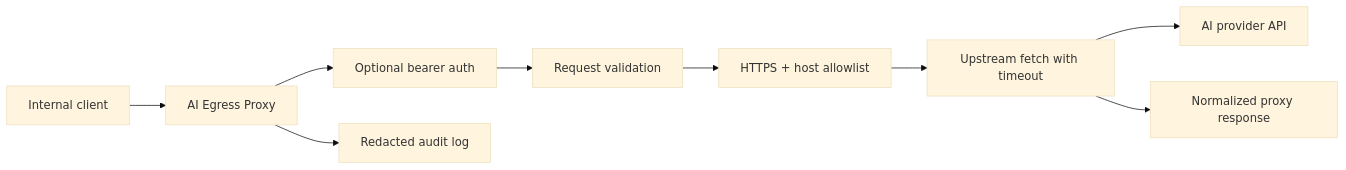
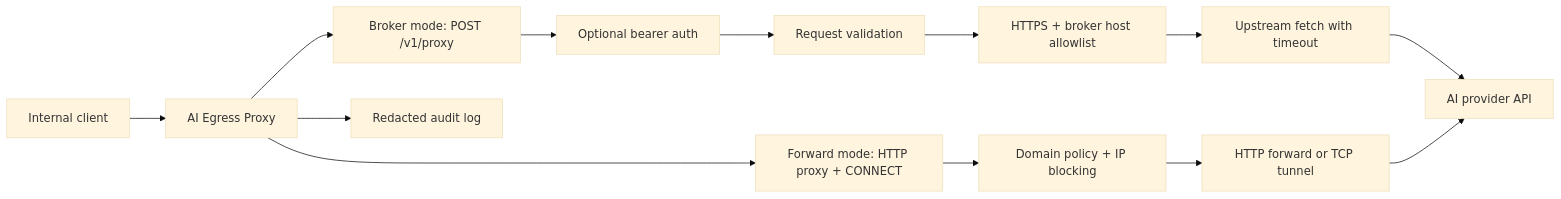
Before and after one commit to hayashikentaro/ai-egress-proxy: the diagram in docs/ARCHITECTURE.md, drawn with Mermaid (base theme). The commit also changed other lines of this file and 11 other files, not shown here.

Commit message:
Add forward proxy mode

````diff
--- a/docs/ARCHITECTURE.md
+++ b/docs/ARCHITECTURE.md
@@ -7,11 +7,15 @@
 ```mermaid
 flowchart LR
   Client["Internal client"] --> Server["AI Egress Proxy"]
-  Server --> Auth["Optional bearer auth"]
+  Server --> Broker["Broker mode: POST /v1/proxy"]
+  Server --> Forward["Forward mode: HTTP proxy + CONNECT"]
+  Broker --> Auth["Optional bearer auth"]
   Auth --> Validate["Request validation"]
-  Validate --> Policy["HTTPS + host allowlist"]
-  Policy --> Fetch["Upstream fetch with timeout"]
+  Validate --> BrokerPolicy["HTTPS + broker host allowlist"]
+  BrokerPolicy --> Fetch["Upstream fetch with timeout"]
+  Forward --> DestinationPolicy["Domain policy + IP blocking"]
+  DestinationPolicy --> Tunnel["HTTP forward or TCP tunnel"]
   Fetch --> Provider["AI provider API"]
-  Fetch --> Response["Normalized proxy response"]
+  Tunnel --> Provider
   Server --> Audit["Redacted audit log"]
 ```
````
